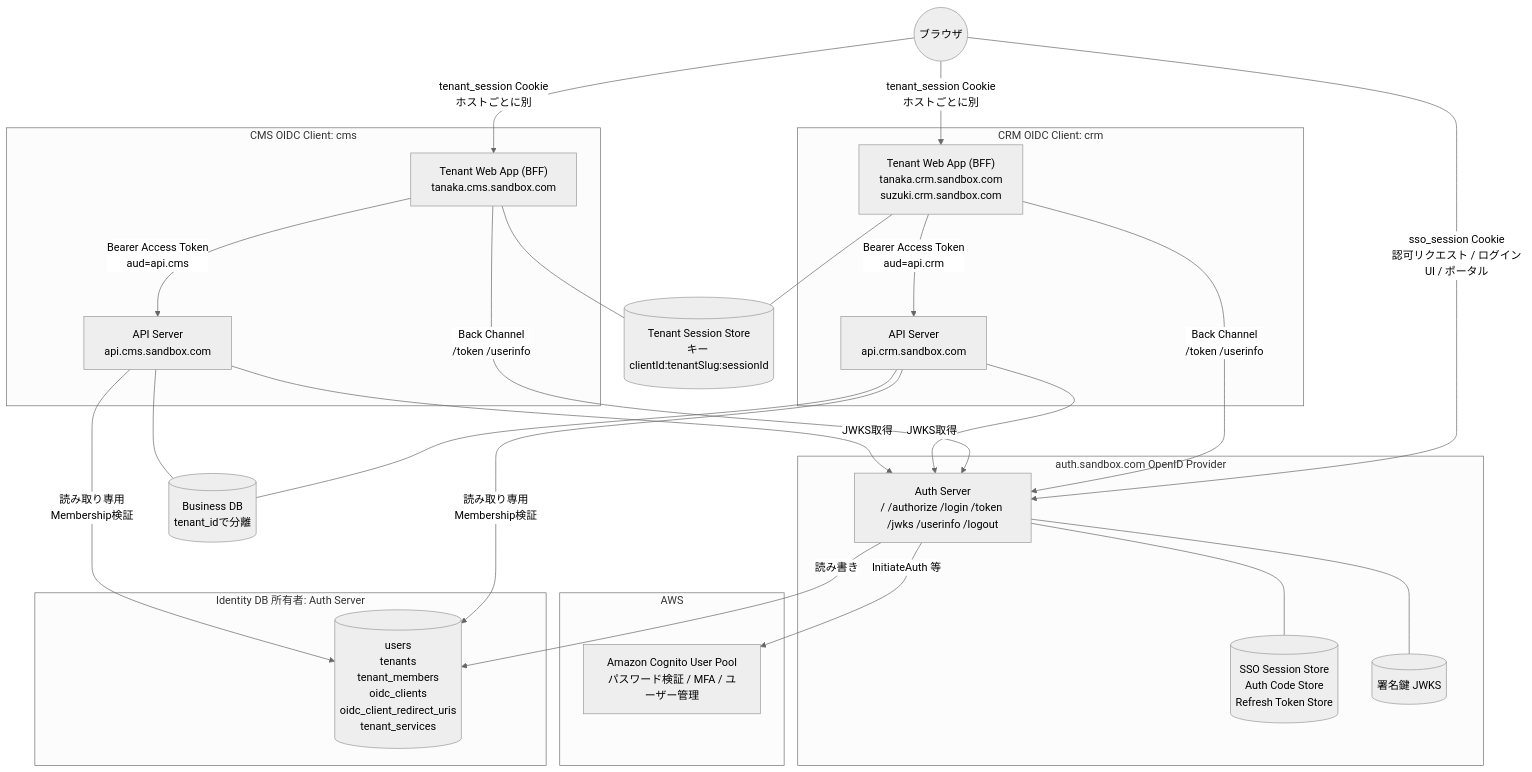
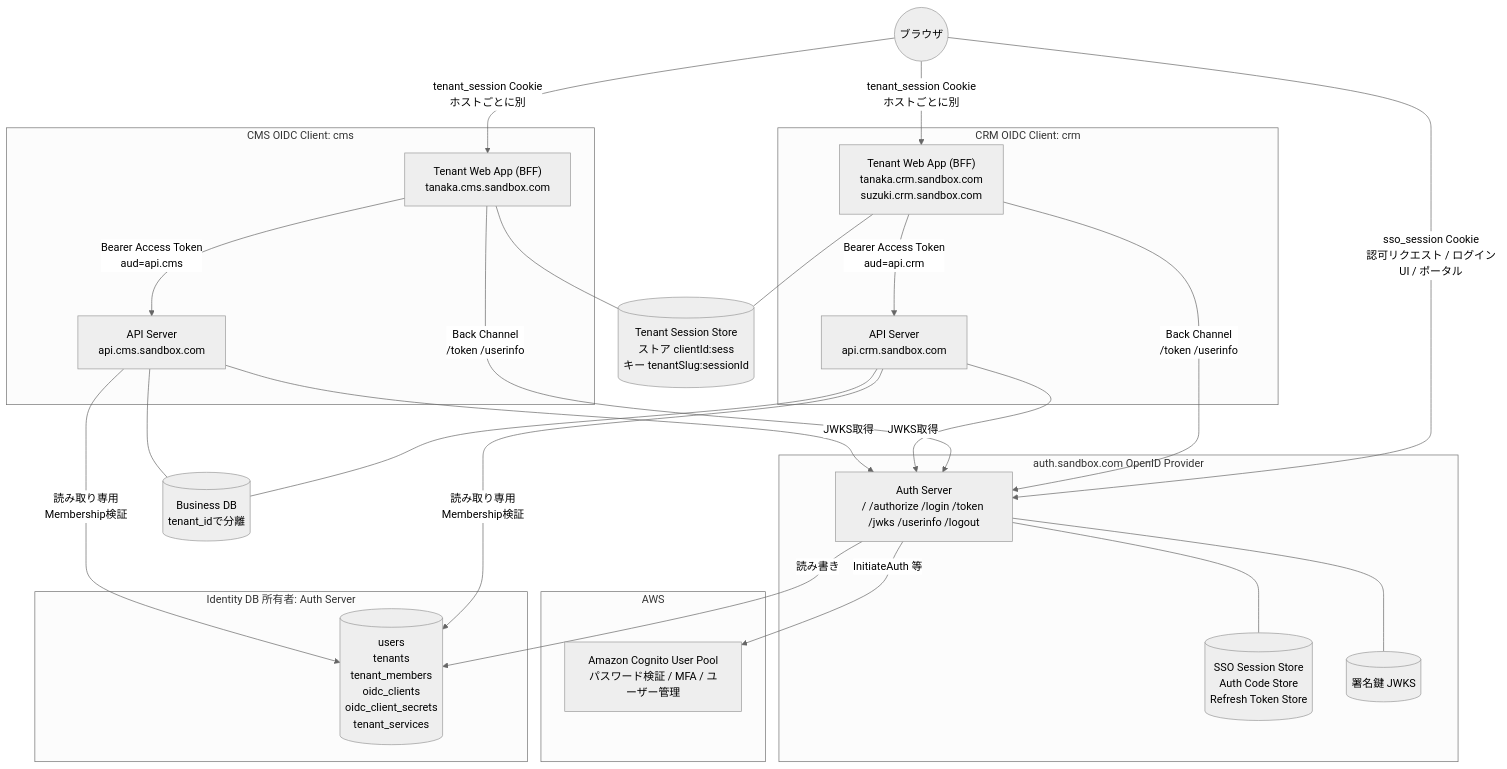
The first of 2 diagrams in docs/design/01-system-architecture.md (daisuke-tanabe/multi-domain-sandbox), drawn with Mermaid (neutral theme) before and after one commit. The commit also changed other lines of this file and 120 other files, not shown here.

````diff
--- a/docs/design/01-system-architecture.md
+++ b/docs/design/01-system-architecture.md
@@ -13,51 +13,51 @@
 ```mermaid
 flowchart TB
     User((ブラウザ))
 
     subgraph AWS
         Cognito["Amazon Cognito User Pool<br/>パスワード検証 / MFA / ユーザー管理"]
     end
 
     subgraph AuthLayer ["auth.sandbox.com  OpenID Provider"]
         Auth["Auth Server<br/>/ /authorize /login /token /jwks /userinfo /logout"]
         SsoStore[("SSO Session Store<br/>Auth Code Store<br/>Refresh Token Store")]
         Keys[("署名鍵 JWKS")]
         Auth --- SsoStore
         Auth --- Keys
     end
 
     subgraph Identity ["Identity DB  所有者: Auth Server"]
-        IdDB[("users<br/>tenants<br/>tenant_members<br/>oidc_clients<br/>oidc_client_redirect_uris<br/>tenant_services")]
+        IdDB[("users<br/>tenants<br/>tenant_members<br/>oidc_clients<br/>oidc_client_secrets<br/>tenant_services")]
     end
 
     subgraph Crm ["CRM  OIDC Client: crm"]
         WebCrm["Tenant Web App (BFF)<br/>tanaka.crm.sandbox.com<br/>suzuki.crm.sandbox.com"]
         ApiCrm["API Server<br/>api.crm.sandbox.com"]
     end
 
     subgraph Cms ["CMS  OIDC Client: cms"]
         WebCms["Tenant Web App (BFF)<br/>tanaka.cms.sandbox.com"]
         ApiCms["API Server<br/>api.cms.sandbox.com"]
     end
 
-    Sess[("Tenant Session Store<br/>キー clientId:tenantSlug:sessionId")]
+    Sess[("Tenant Session Store<br/>ストア clientId:sess<br/>キー tenantSlug:sessionId")]
     BizDB[("Business DB<br/>tenant_idで分離")]
 
     User -- "tenant_session Cookie<br/>ホストごとに別" --> WebCrm
     User -- "tenant_session Cookie<br/>ホストごとに別" --> WebCms
     User -- "sso_session Cookie<br/>認可リクエスト / ログインUI / ポータル" --> Auth
     Auth -- "InitiateAuth 等" --> Cognito
     Auth -- "読み書き" --> IdDB
     WebCrm -- "Back Channel<br/>/token /userinfo" --> Auth
     WebCms -- "Back Channel<br/>/token /userinfo" --> Auth
     WebCrm --- Sess
     WebCms --- Sess
     WebCrm -- "Bearer Access Token<br/>aud=api.crm" --> ApiCrm
     WebCms -- "Bearer Access Token<br/>aud=api.cms" --> ApiCms
     ApiCrm --- BizDB
     ApiCms --- BizDB
     ApiCrm -- "読み取り専用<br/>Membership検証" --> IdDB
     ApiCms -- "読み取り専用<br/>Membership検証" --> IdDB
     ApiCrm -- "JWKS取得" --> Auth
     ApiCms -- "JWKS取得" --> Auth
 ```
````
